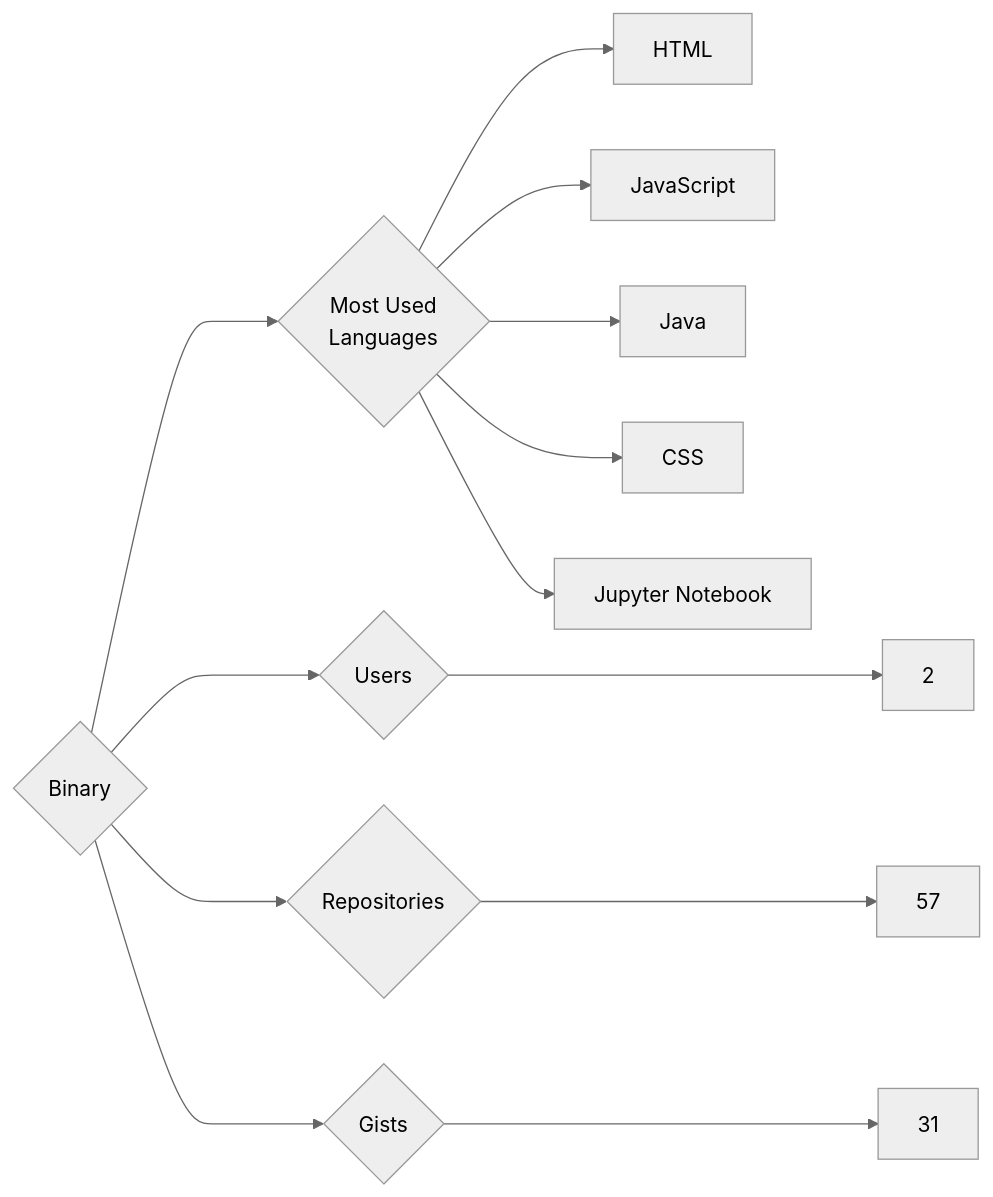
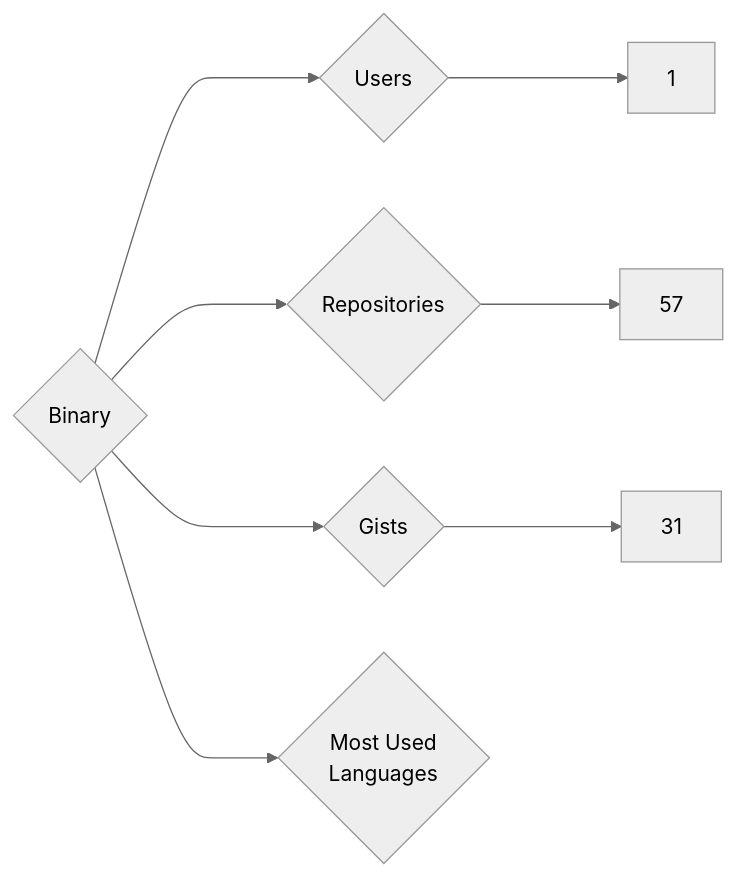
Before and after one commit to trickest/insiders: the diagram in targets/Binary/README.md, drawn with Mermaid (neutral theme). The commit also changed 679 other files, not shown here.

````diff
--- a/targets/Binary/README.md
+++ b/targets/Binary/README.md
@@ -3,13 +3,8 @@
 ```mermaid
 graph LR
 COMPANY_NAME{Binary}
-COMPANY_NAME ---> U{Users} ---> UN[2]
+COMPANY_NAME ---> U{Users} ---> UN[1]
 COMPANY_NAME ---> R{Repositories} ---> RN[57]
 COMPANY_NAME ---> G{Gists} ---> GN[31]
 COMPANY_NAME ---> ML{Most Used<br>Languages}
-ML --> HTML[HTML]
-ML --> JavaScript[JavaScript]
-ML --> Java[Java]
-ML --> CSS[CSS]
-ML --> Jupyter_Notebook[Jupyter Notebook]
 ```
````
